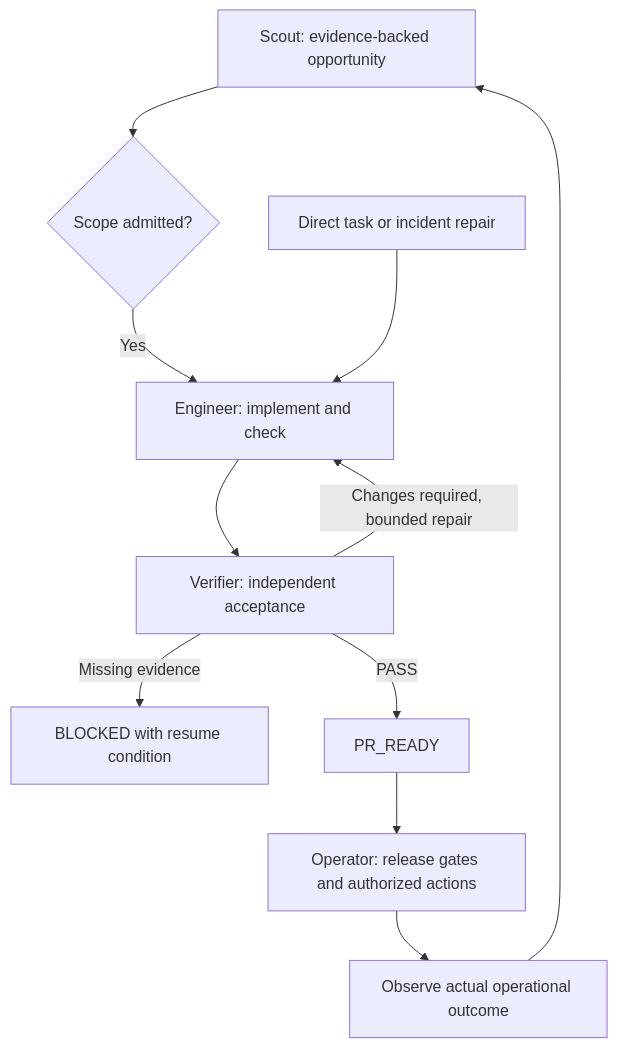
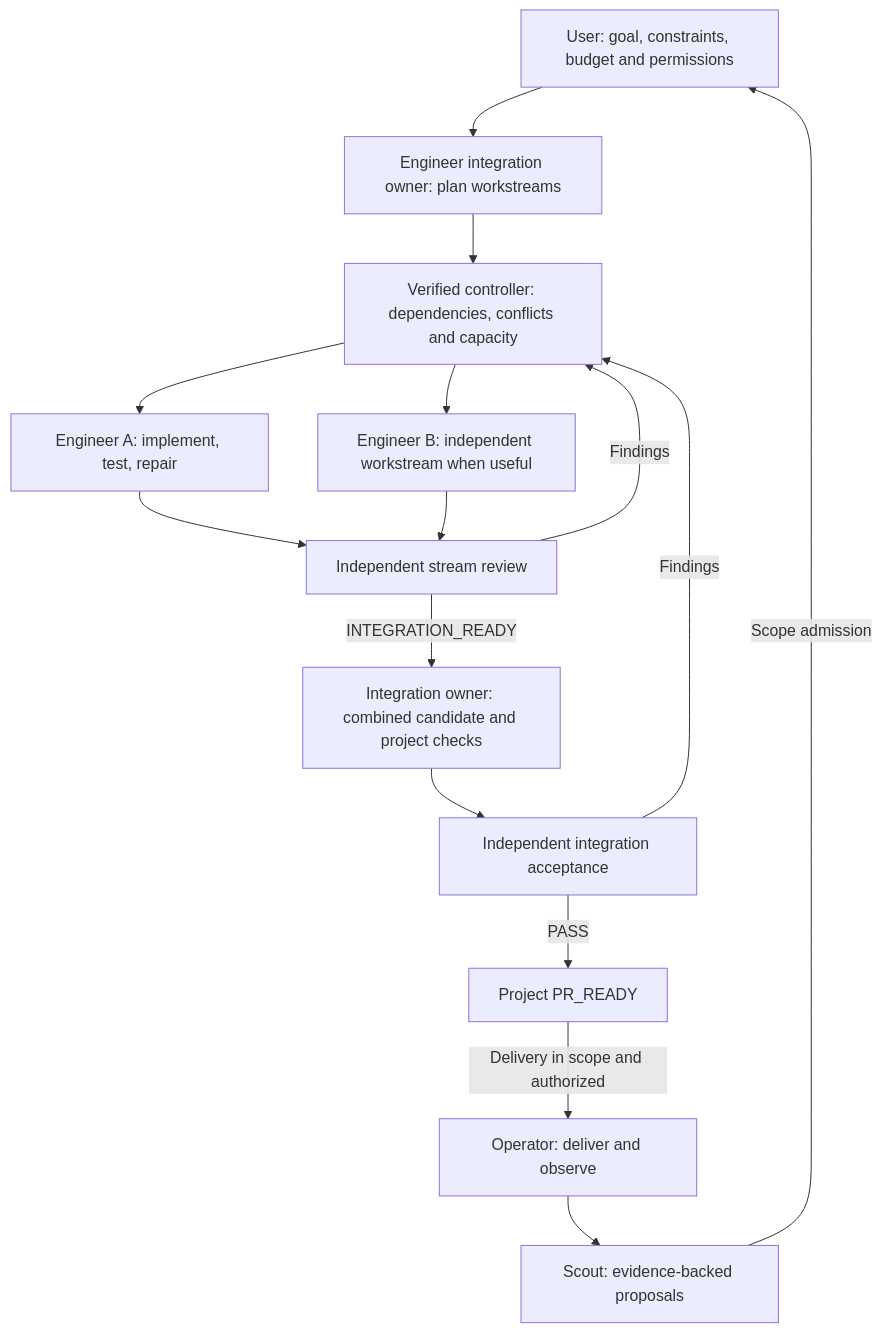
Before and after one commit to daiyanze/surgical-dev: the diagram in README.md, drawn with Mermaid. The commit also changed other lines of this file and 69 other files, not shown here.

Commit message:
feat: organize authorized goals into bounded workstreams

````diff
--- a/README.md
+++ b/README.md
@@ -17,13 +20,17 @@
 ```mermaid
 flowchart TD
-    S["Scout: evidence-backed opportunity"] --> A{"Scope admitted?"}
-    A -->|Yes| E["Engineer: implement and check"]
-    U["Direct task or incident repair"] --> E
-    E --> V["Verifier: independent acceptance"]
-    V -->|Changes required, bounded repair| E
-    V -->|Missing evidence| B["BLOCKED with resume condition"]
-    V -->|PASS| P["PR_READY"]
-    P --> O["Operator: release gates and authorized actions"]
-    O --> H["Observe actual operational outcome"]
-    H --> S
+    U["User: goal, constraints, budget and permissions"] --> P["Engineer integration owner: plan workstreams"]
+    S["Scout: evidence-backed proposals"] -->|Scope admission| U
+    P --> C["Verified controller: dependencies, conflicts and capacity"]
+    C --> E1["Engineer A: implement, test, repair"]
+    C --> E2["Engineer B: independent workstream when useful"]
+    E1 --> V["Independent stream review"]
+    E2 --> V
+    V -->|Findings| C
+    V -->|INTEGRATION_READY| I["Integration owner: combined candidate and project checks"]
+    I --> IV["Independent integration acceptance"]
+    IV -->|Findings| C
+    IV -->|PASS| R["Project PR_READY"]
+    R -->|Delivery in scope and authorized| O["Operator: deliver and observe"]
+    O --> S
 ```
````
